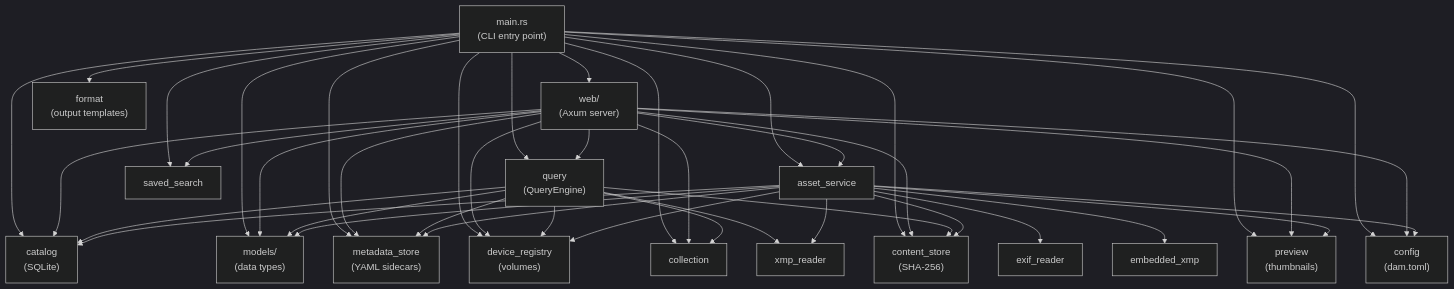
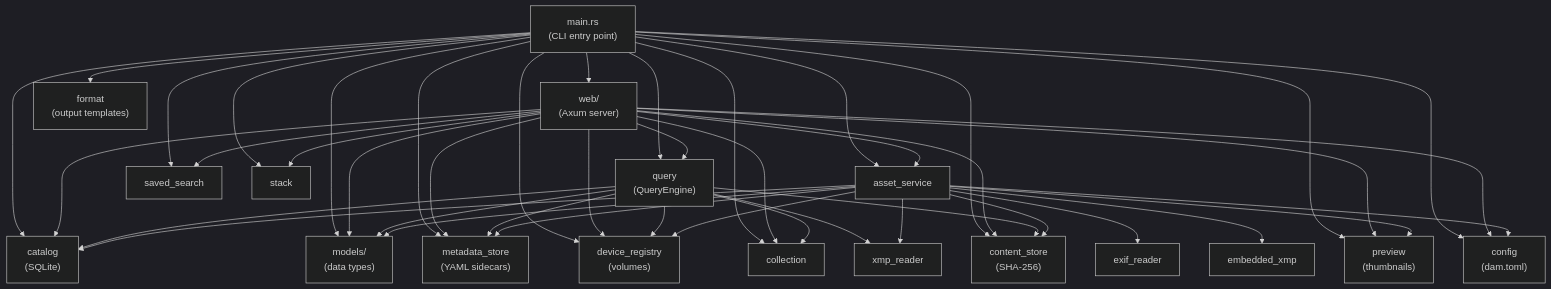
Before and after one commit to thoherr/maki: the diagram in doc/manual/developer/02-module-reference.md, drawn with Mermaid (dark theme). The commit also changed other lines of this file and 22 other files, not shown here.

````diff
--- a/doc/manual/developer/02-module-reference.md
+++ b/doc/manual/developer/02-module-reference.md
@@ -7,65 +7,68 @@
 ```mermaid
 graph TD
     main["main.rs<br/>(CLI entry point)"]
     web["web/<br/>(Axum server)"]
     asset_service["asset_service"]
     query["query<br/>(QueryEngine)"]
     catalog["catalog<br/>(SQLite)"]
     models["models/<br/>(data types)"]
     content_store["content_store<br/>(SHA-256)"]
     metadata_store["metadata_store<br/>(YAML sidecars)"]
     device_registry["device_registry<br/>(volumes)"]
     preview["preview<br/>(thumbnails)"]
     exif_reader["exif_reader"]
     xmp_reader["xmp_reader"]
     embedded_xmp["embedded_xmp"]
     config["config<br/>(dam.toml)"]
     collection["collection"]
     saved_search["saved_search"]
+    stack["stack"]
     format["format<br/>(output templates)"]
 
     main --> query
     main --> asset_service
     main --> catalog
     main --> config
     main --> device_registry
     main --> collection
     main --> saved_search
+    main --> stack
     main --> format
     main --> web
     main --> models
     main --> content_store
     main --> metadata_store
     main --> preview
 
     web --> catalog
     web --> query
     web --> models
     web --> config
     web --> device_registry
     web --> collection
     web --> saved_search
+    web --> stack
     web --> asset_service
     web --> content_store
     web --> metadata_store
     web --> preview
 
     query --> catalog
     query --> models
     query --> metadata_store
     query --> device_registry
     query --> collection
     query --> xmp_reader
     query --> content_store
 
     asset_service --> content_store
     asset_service --> metadata_store
     asset_service --> catalog
     asset_service --> exif_reader
     asset_service --> xmp_reader
     asset_service --> embedded_xmp
     asset_service --> preview
     asset_service --> device_registry
     asset_service --> models
     asset_service --> config
 ```
````
